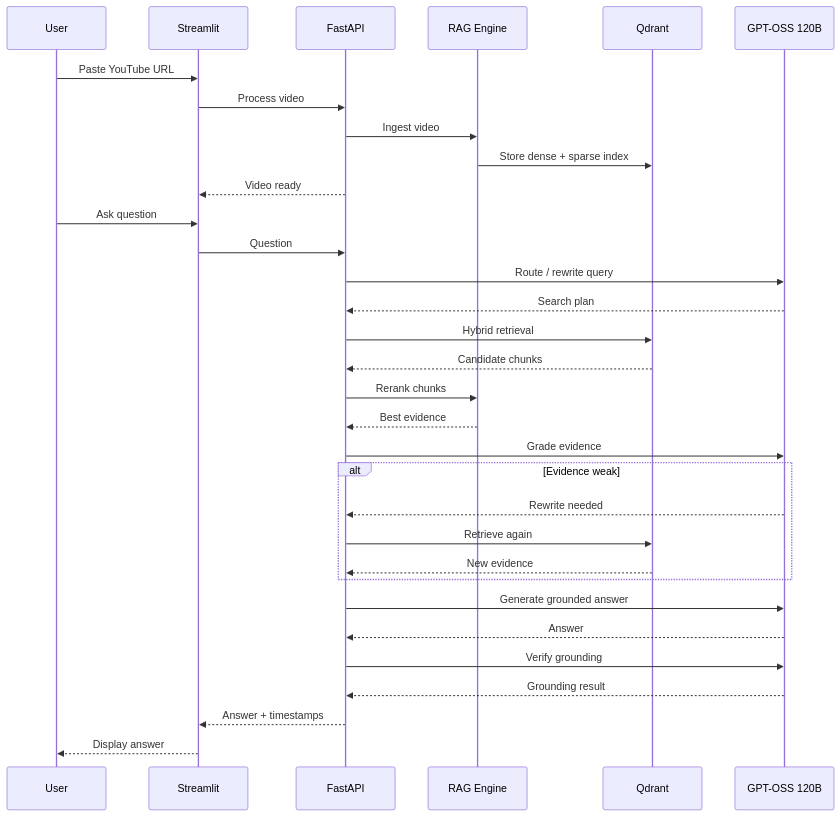
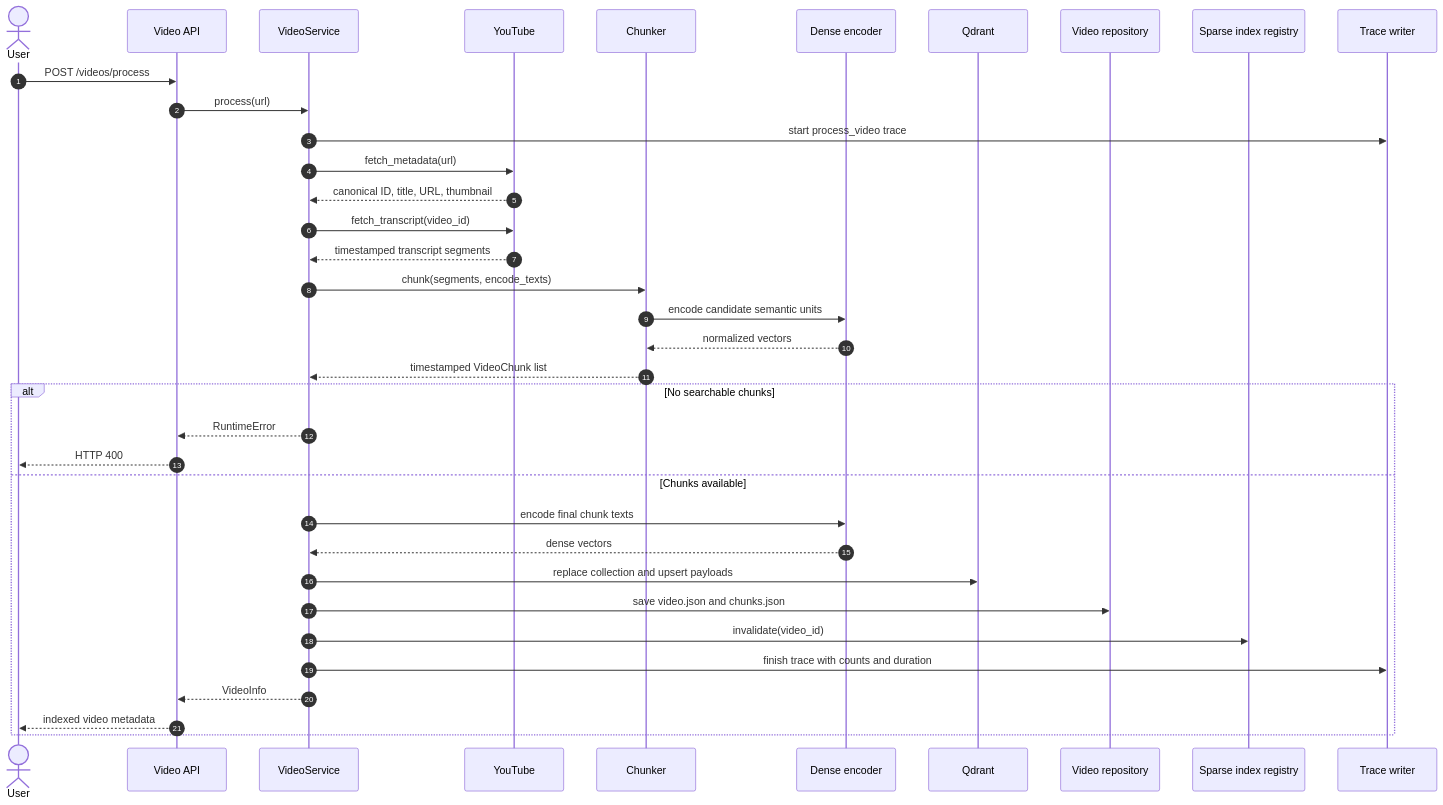
One commit to rohitkr8527/Youtube_Video_Q-A_System changed the second of 9 diagrams in docs/ARCHITECTURE.md. Above: the diagram before and after it, drawn with Mermaid. The commit also changed other lines of this file and 1 other file, not shown here.

Commit message:
docs: document architecture and evaluation workflow

````diff
--- a/docs/ARCHITECTURE.md
+++ b/docs/ARCHITECTURE.md
@@ -1047,44 +100,40 @@
 ```mermaid
 sequenceDiagram
+    autonumber
+    actor User
+    participant API as Video API
+    participant VS as VideoService
+    participant YT as YouTube
+    participant CH as Chunker
+    participant EN as Dense encoder
+    participant QD as Qdrant
+    participant FS as Video repository
+    participant BM as Sparse index registry
+    participant TR as Trace writer
 
-    participant U as User
-    participant S as Streamlit
-    participant A as FastAPI
-    participant R as RAG Engine
-    participant Q as Qdrant
-    participant G as GPT-OSS 120B
+    User->>API: POST /videos/process
+    API->>VS: process(url)
+    VS->>TR: start process_video trace
+    VS->>YT: fetch_metadata(url)
+    YT-->>VS: canonical ID, title, URL, thumbnail
+    VS->>YT: fetch_transcript(video_id)
+    YT-->>VS: timestamped transcript segments
+    VS->>CH: chunk(segments, encode_texts)
+    CH->>EN: encode candidate semantic units
+    EN-->>CH: normalized vectors
+    CH-->>VS: timestamped VideoChunk list
 
-    U->>S: Paste YouTube URL
-    S->>A: Process video
-    A->>R: Ingest video
-    R->>Q: Store dense + sparse index
-    A-->>S: Video ready
-
-    U->>S: Ask question
-    S->>A: Question
-    A->>G: Route / rewrite query
-    G-->>A: Search plan
-
-    A->>Q: Hybrid retrieval
-    Q-->>A: Candidate chunks
-
-    A->>R: Rerank chunks
-    R-->>A: Best evidence
-
-    A->>G: Grade evidence
-
-    alt Evidence weak
-        G-->>A: Rewrite needed
-        A->>Q: Retrieve again
-        Q-->>A: New evidence
+    alt No searchable chunks
+        VS-->>API: RuntimeError
+        API-->>User: HTTP 400
+    else Chunks available
+        VS->>EN: encode final chunk texts
+        EN-->>VS: dense vectors
+        VS->>QD: replace collection and upsert payloads
+        VS->>FS: save video.json and chunks.json
+        VS->>BM: invalidate(video_id)
+        VS->>TR: finish trace with counts and duration
+        VS-->>API: VideoInfo
+        API-->>User: indexed video metadata
     end
-
-    A->>G: Generate grounded answer
-    G-->>A: Answer
-
-    A->>G: Verify grounding
-    G-->>A: Grounding result
-
-    A-->>S: Answer + timestamps
-    S-->>U: Display answer
 ```
````
